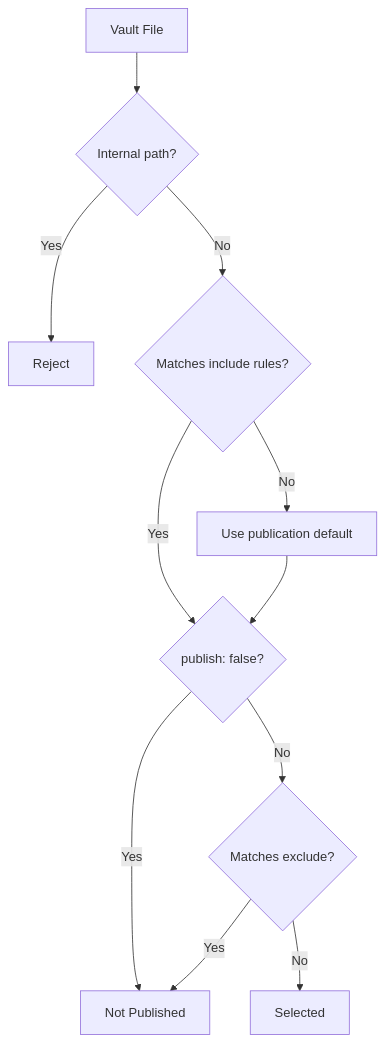
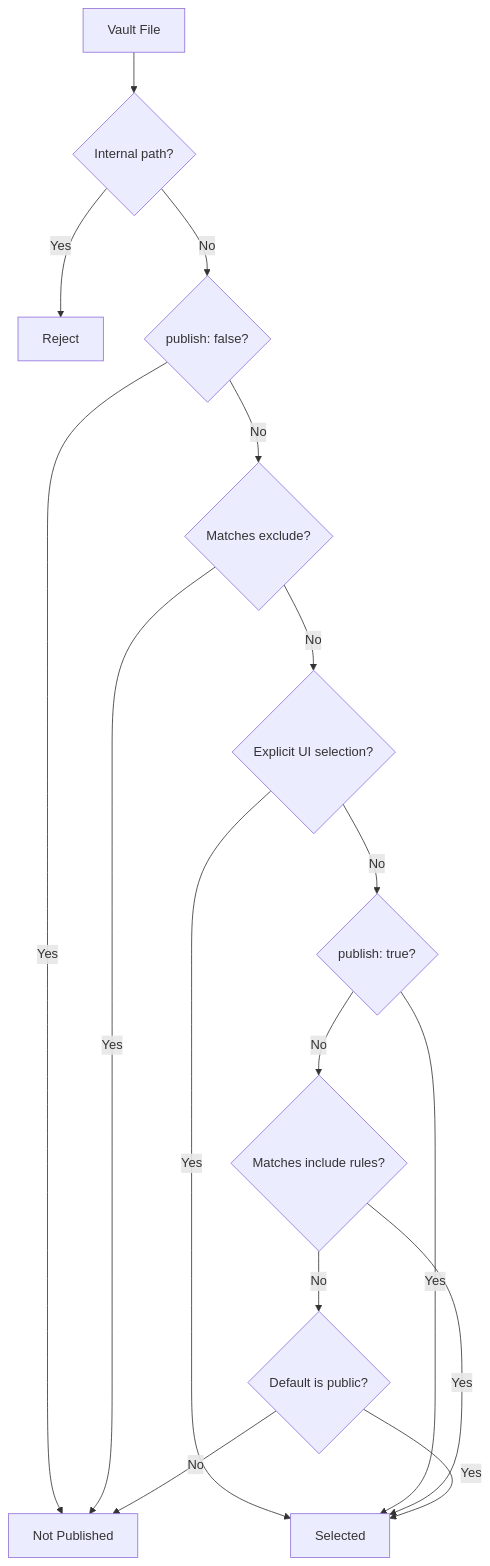
The fourth of 23 diagrams in docs/flux-publish-design-doc.md (Madhumitha-Reddy/project-flux), drawn with Mermaid before and after one commit. The commit also changed other lines of this file and 17 other files, not shown here.

````diff
--- a/docs/flux-publish-design-doc.md
+++ b/docs/flux-publish-design-doc.md
@@ -552,28 +565,31 @@
 ```mermaid
 flowchart TD
     File["Vault File"]
     Internal{"Internal path?"}
     HardExclude["Reject"]
-    ConfigInclude{"Matches include rules?"}
-    Default["Use publication default"]
     FrontmatterFalse{"publish: false?"}
     Exclude{"Matches exclude?"}
+    ExplicitSelection{"Explicit UI selection?"}
+    FrontmatterTrue{"publish: true?"}
+    ConfigInclude{"Matches include rules?"}
+    Default{"Default is public?"}
     Selected["Selected"]
     Rejected["Not Published"]
 
     File --> Internal
 
     Internal -- Yes --> HardExclude
-    Internal -- No --> ConfigInclude
-
-    ConfigInclude -- Yes --> FrontmatterFalse
-    ConfigInclude -- No --> Default
-
-    Default --> FrontmatterFalse
-
+    Internal -- No --> FrontmatterFalse
     FrontmatterFalse -- Yes --> Rejected
     FrontmatterFalse -- No --> Exclude
-
     Exclude -- Yes --> Rejected
-    Exclude -- No --> Selected
+    Exclude -- No --> ExplicitSelection
+    ExplicitSelection -- Yes --> Selected
+    ExplicitSelection -- No --> FrontmatterTrue
+    FrontmatterTrue -- Yes --> Selected
+    FrontmatterTrue -- No --> ConfigInclude
+    ConfigInclude -- Yes --> Selected
+    ConfigInclude -- No --> Default
+    Default -- Yes --> Selected
+    Default -- No --> Rejected
 ```
````
